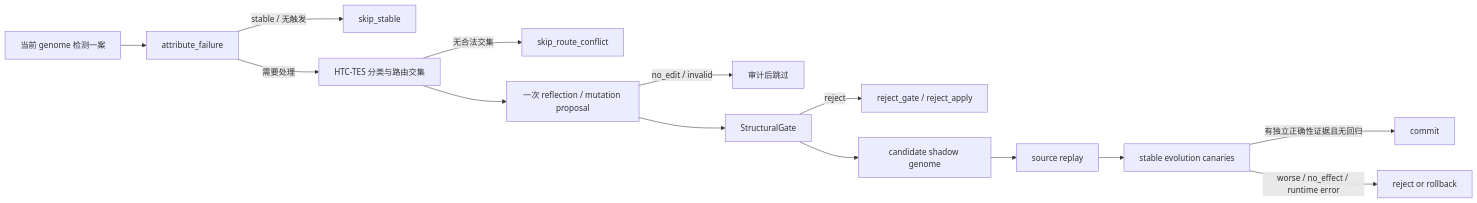
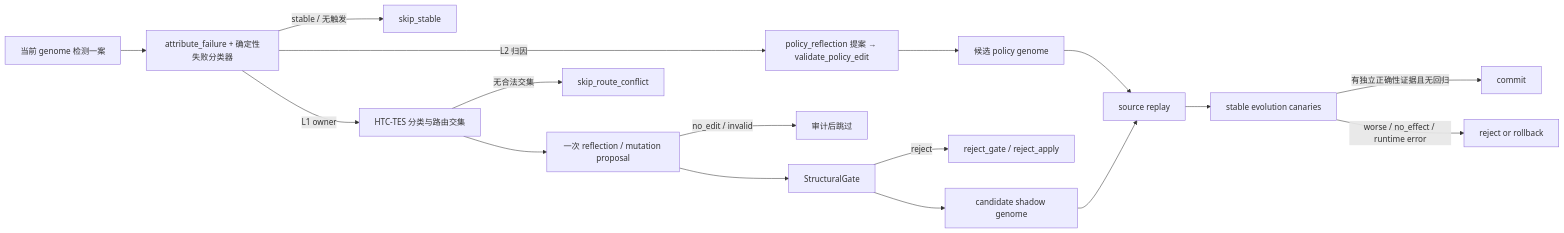
The second of 2 diagrams in docs/technical/EXPERIMENT_FRAMEWORK_GUIDE.md (liuxinglin70-cmyk/Agent-Hallucination), drawn with Mermaid before and after one commit. The commit also changed other lines of this file and 3 other files, not shown here.

Commit message:
docs: technical design/flow/guide rewritten for v6; remove superseded phase plans; handoff refreshed

````diff
--- a/docs/technical/EXPERIMENT_FRAMEWORK_GUIDE.md
+++ b/docs/technical/EXPERIMENT_FRAMEWORK_GUIDE.md
@@ -157,16 +163,19 @@
 ```mermaid
 flowchart LR
-    A["当前 genome 检测一案"] --> B["attribute_failure"]
+    A["当前 genome 检测一案"] --> B["attribute_failure + 确定性失败分类器"]
     B -->|stable / 无触发| C["skip_stable"]
-    B -->|需要处理| D["HTC-TES 分类与路由交集"]
+    B -->|L2 归因| D2["policy_reflection 提案 → validate_policy_edit"]
+    D2 --> E2["候选 policy genome"]
+    E2 --> K["source replay"]
+    B -->|L1 owner| D["HTC-TES 分类与路由交集"]
     D -->|无合法交集| E["skip_route_conflict"]
     D --> F["一次 reflection / mutation proposal"]
     F -->|no_edit / invalid| G["审计后跳过"]
     F --> H["StructuralGate"]
     H -->|reject| I["reject_gate / reject_apply"]
     H --> J["candidate shadow genome"]
     J --> K["source replay"]
     K --> L["stable evolution canaries"]
     L -->|有独立正确性证据且无回归| M["commit"]
     L -->|worse / no_effect / runtime error| N["reject or rollback"]
 ```
````
